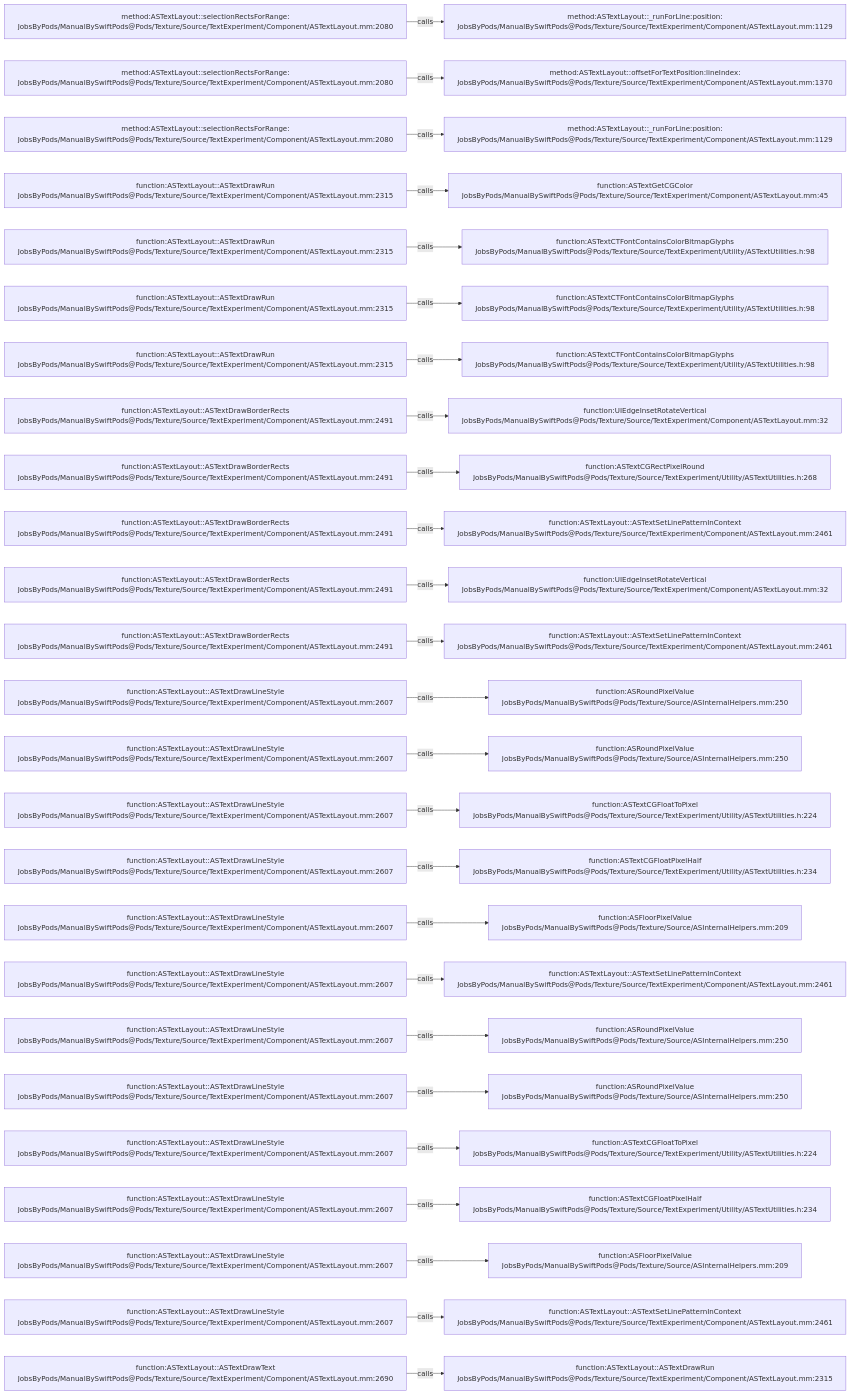
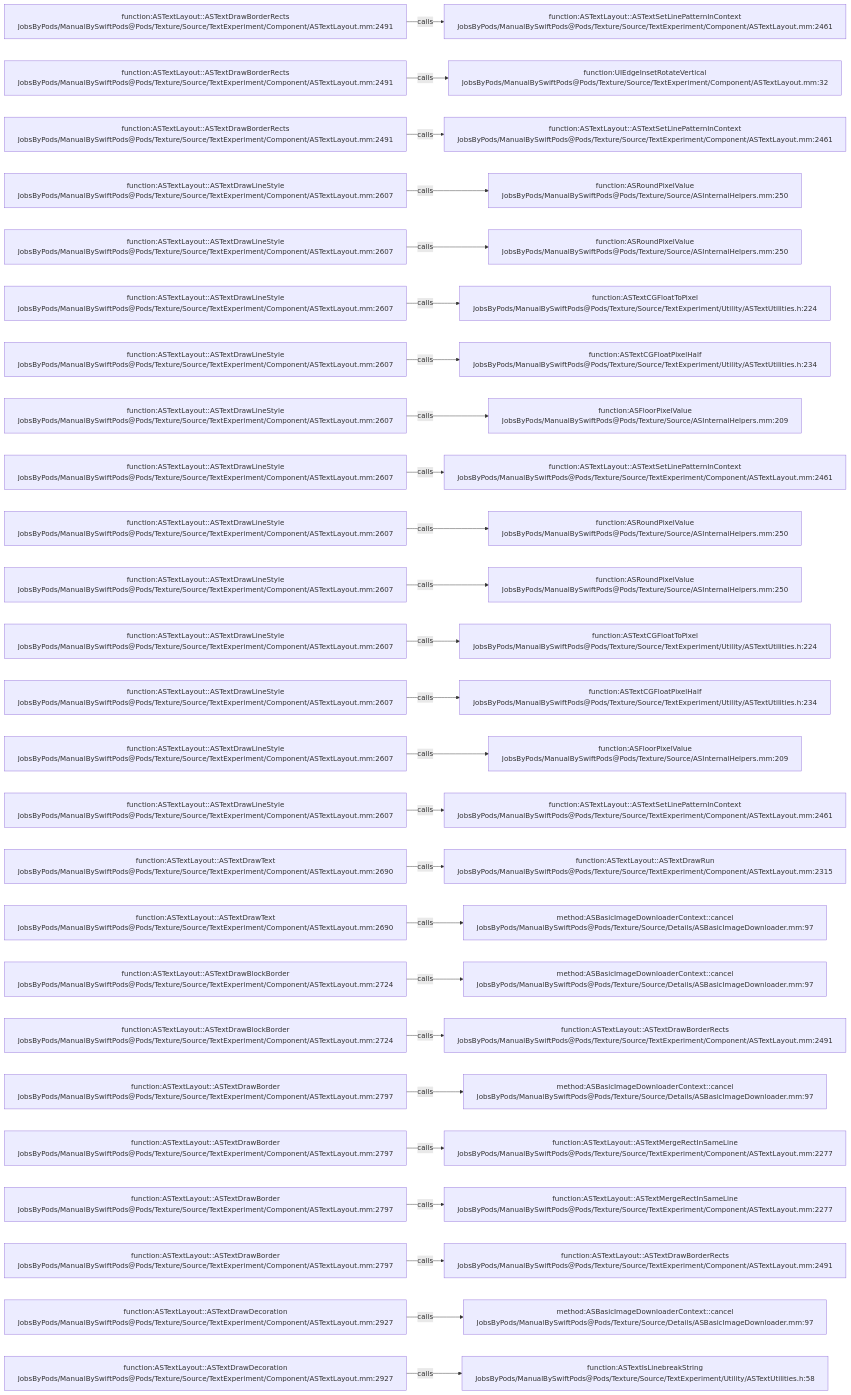
The diagram in .codegraph/codegraph.md/graphs/calls-135.md (JobsKits/JobsSwiftBaseConfigDemo), drawn with Mermaid before and after one commit. The commit also changed 707 other files, not shown here.

````diff
--- a/.codegraph/codegraph.md/graphs/calls-135.md
+++ b/.codegraph/codegraph.md/graphs/calls-135.md
@@ -13,78 +13,78 @@
 ```mermaid
 flowchart LR
-  S1["method:ASTextLayout::selectionRectsForRange:<br/>JobsByPods/ManualBySwiftPods@Pods/Texture/Source/TextExperiment/Component/ASTextLayout.mm:2080"]
-  T1["method:ASTextLayout::_runForLine:position:<br/>JobsByPods/ManualBySwiftPods@Pods/Texture/Source/TextExperiment/Component/ASTextLayout.mm:1129"]
+  S1["function:ASTextLayout::ASTextDrawBorderRects<br/>JobsByPods/ManualBySwiftPods@Pods/Texture/Source/TextExperiment/Component/ASTextLayout.mm:2491"]
+  T1["function:ASTextLayout::ASTextSetLinePatternInContext<br/>JobsByPods/ManualBySwiftPods@Pods/Texture/Source/TextExperiment/Component/ASTextLayout.mm:2461"]
   S1 -->|calls| T1
-  S2["method:ASTextLayout::selectionRectsForRange:<br/>JobsByPods/ManualBySwiftPods@Pods/Texture/Source/TextExperiment/Component/ASTextLayout.mm:2080"]
-  T2["method:ASTextLayout::offsetForTextPosition:lineIndex:<br/>JobsByPods/ManualBySwiftPods@Pods/Texture/Source/TextExperiment/Component/ASTextLayout.mm:1370"]
+  S2["function:ASTextLayout::ASTextDrawBorderRects<br/>JobsByPods/ManualBySwiftPods@Pods/Texture/Source/TextExperiment/Component/ASTextLayout.mm:2491"]
+  T2["function:UIEdgeInsetRotateVertical<br/>JobsByPods/ManualBySwiftPods@Pods/Texture/Source/TextExperiment/Component/ASTextLayout.mm:32"]
   S2 -->|calls| T2
-  S3["method:ASTextLayout::selectionRectsForRange:<br/>JobsByPods/ManualBySwiftPods@Pods/Texture/Source/TextExperiment/Component/ASTextLayout.mm:2080"]
-  T3["method:ASTextLayout::_runForLine:position:<br/>JobsByPods/ManualBySwiftPods@Pods/Texture/Source/TextExperiment/Component/ASTextLayout.mm:1129"]
+  S3["function:ASTextLayout::ASTextDrawBorderRects<br/>JobsByPods/ManualBySwiftPods@Pods/Texture/Source/TextExperiment/Component/ASTextLayout.mm:2491"]
+  T3["function:ASTextLayout::ASTextSetLinePatternInContext<br/>JobsByPods/ManualBySwiftPods@Pods/Texture/Source/TextExperiment/Component/ASTextLayout.mm:2461"]
   S3 -->|calls| T3
-  S4["function:ASTextLayout::ASTextDrawRun<br/>JobsByPods/ManualBySwiftPods@Pods/Texture/Source/TextExperiment/Component/ASTextLayout.mm:2315"]
-  T4["function:ASTextGetCGColor<br/>JobsByPods/ManualBySwiftPods@Pods/Texture/Source/TextExperiment/Component/ASTextLayout.mm:45"]
+  S4["function:ASTextLayout::ASTextDrawLineStyle<br/>JobsByPods/ManualBySwiftPods@Pods/Texture/Source/TextExperiment/Component/ASTextLayout.mm:2607"]
+  T4["function:ASRoundPixelValue<br/>JobsByPods/ManualBySwiftPods@Pods/Texture/Source/ASInternalHelpers.mm:250"]
   S4 -->|calls| T4
-  S5["function:ASTextLayout::ASTextDrawRun<br/>JobsByPods/ManualBySwiftPods@Pods/Texture/Source/TextExperiment/Component/ASTextLayout.mm:2315"]
-  T5["function:ASTextCTFontContainsColorBitmapGlyphs<br/>JobsByPods/ManualBySwiftPods@Pods/Texture/Source/TextExperiment/Utility/ASTextUtilities.h:98"]
+  S5["function:ASTextLayout::ASTextDrawLineStyle<br/>JobsByPods/ManualBySwiftPods@Pods/Texture/Source/TextExperiment/Component/ASTextLayout.mm:2607"]
+  T5["function:ASRoundPixelValue<br/>JobsByPods/ManualBySwiftPods@Pods/Texture/Source/ASInternalHelpers.mm:250"]
   S5 -->|calls| T5
-  S6["function:ASTextLayout::ASTextDrawRun<br/>JobsByPods/ManualBySwiftPods@Pods/Texture/Source/TextExperiment/Component/ASTextLayout.mm:2315"]
-  T6["function:ASTextCTFontContainsColorBitmapGlyphs<br/>JobsByPods/ManualBySwiftPods@Pods/Texture/Source/TextExperiment/Utility/ASTextUtilities.h:98"]
+  S6["function:ASTextLayout::ASTextDrawLineStyle<br/>JobsByPods/ManualBySwiftPods@Pods/Texture/Source/TextExperiment/Component/ASTextLayout.mm:2607"]
+  T6["function:ASTextCGFloatToPixel<br/>JobsByPods/ManualBySwiftPods@Pods/Texture/Source/TextExperiment/Utility/ASTextUtilities.h:224"]
   S6 -->|calls| T6
-  S7["function:ASTextLayout::ASTextDrawRun<br/>JobsByPods/ManualBySwiftPods@Pods/Texture/Source/TextExperiment/Component/ASTextLayout.mm:2315"]
-  T7["function:ASTextCTFontContainsColorBitmapGlyphs<br/>JobsByPods/ManualBySwiftPods@Pods/Texture/Source/TextExperiment/Utility/ASTextUtilities.h:98"]
+  S7["function:ASTextLayout::ASTextDrawLineStyle<br/>JobsByPods/ManualBySwiftPods@Pods/Texture/Source/TextExperiment/Component/ASTextLayout.mm:2607"]
+  T7["function:ASTextCGFloatPixelHalf<br/>JobsByPods/ManualBySwiftPods@Pods/Texture/Source/TextExperiment/Utility/ASTextUtilities.h:234"]
   S7 -->|calls| T7
-  S8["function:ASTextLayout::ASTextDrawBorderRects<br/>JobsByPods/ManualBySwiftPods@Pods/Texture/Source/TextExperiment/Component/ASTextLayout.mm:2491"]
-  T8["function:UIEdgeInsetRotateVertical<br/>JobsByPods/ManualBySwiftPods@Pods/Texture/Source/TextExperiment/Component/ASTextLayout.mm:32"]
+  S8["function:ASTextLayout::ASTextDrawLineStyle<br/>JobsByPods/ManualBySwiftPods@Pods/Texture/Source/TextExperiment/Component/ASTextLayout.mm:2607"]
+  T8["function:ASFloorPixelValue<br/>JobsByPods/ManualBySwiftPods@Pods/Texture/Source/ASInternalHelpers.mm:209"]
   S8 -->|calls| T8
-  S9["function:ASTextLayout::ASTextDrawBorderRects<br/>JobsByPods/ManualBySwiftPods@Pods/Texture/Source/TextExperiment/Component/ASTextLayout.mm:2491"]
-  T9["function:ASTextCGRectPixelRound<br/>JobsByPods/ManualBySwiftPods@Pods/Texture/Source/TextExperiment/Utility/ASTextUtilities.h:268"]
+  S9["function:ASTextLayout::ASTextDrawLineStyle<br/>JobsByPods/ManualBySwiftPods@Pods/Texture/Source/TextExperiment/Component/ASTextLayout.mm:2607"]
+  T9["function:ASTextLayout::ASTextSetLinePatternInContext<br/>JobsByPods/ManualBySwiftPods@Pods/Texture/Source/TextExperiment/Component/ASTextLayout.mm:2461"]
   S9 -->|calls| T9
-  S10["function:ASTextLayout::ASTextDrawBorderRects<br/>JobsByPods/ManualBySwiftPods@Pods/Texture/Source/TextExperiment/Component/ASTextLayout.mm:2491"]
-  T10["function:ASTextLayout::ASTextSetLinePatternInContext<br/>JobsByPods/ManualBySwiftPods@Pods/Texture/Source/TextExperiment/Component/ASTextLayout.mm:2461"]
+  S10["function:ASTextLayout::ASTextDrawLineStyle<br/>JobsByPods/ManualBySwiftPods@Pods/Texture/Source/TextExperiment/Component/ASTextLayout.mm:2607"]
+  T10["function:ASRoundPixelValue<br/>JobsByPods/ManualBySwiftPods@Pods/Texture/Source/ASInternalHelpers.mm:250"]
   S10 -->|calls| T10
-  S11["function:ASTextLayout::ASTextDrawBorderRects<br/>JobsByPods/ManualBySwiftPods@Pods/Texture/Source/TextExperiment/Component/ASTextLayout.mm:2491"]
-  T11["function:UIEdgeInsetRotateVertical<br/>JobsByPods/ManualBySwiftPods@Pods/Texture/Source/TextExperiment/Component/ASTextLayout.mm:32"]
+  S11["function:ASTextLayout::ASTextDrawLineStyle<br/>JobsByPods/ManualBySwiftPods@Pods/Texture/Source/TextExperiment/Component/ASTextLayout.mm:2607"]
+  T11["function:ASRoundPixelValue<br/>JobsByPods/ManualBySwiftPods@Pods/Texture/Source/ASInternalHelpers.mm:250"]
   S11 -->|calls| T11
-  S12["function:ASTextLayout::ASTextDrawBorderRects<br/>JobsByPods/ManualBySwiftPods@Pods/Texture/Source/TextExperiment/Component/ASTextLayout.mm:2491"]
-  T12["function:ASTextLayout::ASTextSetLinePatternInContext<br/>JobsByPods/ManualBySwiftPods@Pods/Texture/Source/TextExperiment/Component/ASTextLayout.mm:2461"]
+  S12["function:ASTextLayout::ASTextDrawLineStyle<br/>JobsByPods/ManualBySwiftPods@Pods/Texture/Source/TextExperiment/Component/ASTextLayout.mm:2607"]
+  T12["function:ASTextCGFloatToPixel<br/>JobsByPods/ManualBySwiftPods@Pods/Texture/Source/TextExperiment/Utility/ASTextUtilities.h:224"]
   S12 -->|calls| T12
   S13["function:ASTextLayout::ASTextDrawLineStyle<br/>JobsByPods/ManualBySwiftPods@Pods/Texture/Source/TextExperiment/Component/ASTextLayout.mm:2607"]
-  T13["function:ASRoundPixelValue<br/>JobsByPods/ManualBySwiftPods@Pods/Texture/Source/ASInternalHelpers.mm:250"]
+  T13["function:ASTextCGFloatPixelHalf<br/>JobsByPods/ManualBySwiftPods@Pods/Texture/Source/TextExperiment/Utility/ASTextUtilities.h:234"]
   S13 -->|calls| T13
   S14["function:ASTextLayout::ASTextDrawLineStyle<br/>JobsByPods/ManualBySwiftPods@Pods/Texture/Source/TextExperiment/Component/ASTextLayout.mm:2607"]
-  T14["function:ASRoundPixelValue<br/>JobsByPods/ManualBySwiftPods@Pods/Texture/Source/ASInternalHelpers.mm:250"]
+  T14["function:ASFloorPixelValue<br/>JobsByPods/ManualBySwiftPods@Pods/Texture/Source/ASInternalHelpers.mm:209"]
   S14 -->|calls| T14
   S15["function:ASTextLayout::ASTextDrawLineStyle<br/>JobsByPods/ManualBySwiftPods@Pods/Texture/Source/TextExperiment/Component/ASTextLayout.mm:2607"]
-  T15["function:ASTextCGFloatToPixel<br/>JobsByPods/ManualBySwiftPods@Pods/Texture/Source/TextExperiment/Utility/ASTextUtilities.h:224"]
+  T15["function:ASTextLayout::ASTextSetLinePatternInContext<br/>JobsByPods/ManualBySwiftPods@Pods/Texture/Source/TextExperiment/Component/ASTextLayout.mm:2461"]
   S15 -->|calls| T15
-  S16["function:ASTextLayout::ASTextDrawLineStyle<br/>JobsByPods/ManualBySwiftPods@Pods/Texture/Source/TextExperiment/Component/ASTextLayout.mm:2607"]
-  T16["function:ASTextCGFloatPixelHalf<br/>JobsByPods/ManualBySwiftPods@Pods/Texture/Source/TextExperiment/Utility/ASTextUtilities.h:234"]
+  S16["function:ASTextLayout::ASTextDrawText<br/>JobsByPods/ManualBySwiftPods@Pods/Texture/Source/TextExperiment/Component/ASTextLayout.mm:2690"]
+  T16["function:ASTextLayout::ASTextDrawRun<br/>JobsByPods/ManualBySwiftPods@Pods/Texture/Source/TextExperiment/Component/ASTextLayout.mm:2315"]
   S16 -->|calls| T16
-  S17["function:ASTextLayout::ASTextDrawLineStyle<br/>JobsByPods/ManualBySwiftPods@Pods/Texture/Source/TextExperiment/Component/ASTextLayout.mm:2607"]
-  T17["function:ASFloorPixelValue<br/>JobsByPods/ManualBySwiftPods@Pods/Texture/Source/ASInternalHelpers.mm:209"]
+  S17["function:ASTextLayout::ASTextDrawText<br/>JobsByPods/ManualBySwiftPods@Pods/Texture/Source/TextExperiment/Component/ASTextLayout.mm:2690"]
+  T17["method:ASBasicImageDownloaderContext::cancel<br/>JobsByPods/ManualBySwiftPods@Pods/Texture/Source/Details/ASBasicImageDownloader.mm:97"]
   S17 -->|calls| T17
-  S18["function:ASTextLayout::ASTextDrawLineStyle<br/>JobsByPods/ManualBySwiftPods@Pods/Texture/Source/TextExperiment/Component/ASTextLayout.mm:2607"]
-  T18["function:ASTextLayout::ASTextSetLinePatternInContext<br/>JobsByPods/ManualBySwiftPods@Pods/Texture/Source/TextExperiment/Component/ASTextLayout.mm:2461"]
+  S18["function:ASTextLayout::ASTextDrawBlockBorder<br/>JobsByPods/ManualBySwiftPods@Pods/Texture/Source/TextExperiment/Component/ASTextLayout.mm:2724"]
+  T18["method:ASBasicImageDownloaderContext::cancel<br/>JobsByPods/ManualBySwiftPods@Pods/Texture/Source/Details/ASBasicImageDownloader.mm:97"]
   S18 -->|calls| T18
-  S19["function:ASTextLayout::ASTextDrawLineStyle<br/>JobsByPods/ManualBySwiftPods@Pods/Texture/Source/TextExperiment/Component/ASTextLayout.mm:2607"]
-  T19["function:ASRoundPixelValue<br/>JobsByPods/ManualBySwiftPods@Pods/Texture/Source/ASInternalHelpers.mm:250"]
+  S19["function:ASTextLayout::ASTextDrawBlockBorder<br/>JobsByPods/ManualBySwiftPods@Pods/Texture/Source/TextExperiment/Component/ASTextLayout.mm:2724"]
+  T19["function:ASTextLayout::ASTextDrawBorderRects<br/>JobsByPods/ManualBySwiftPods@Pods/Texture/Source/TextExperiment/Component/ASTextLayout.mm:2491"]
   S19 -->|calls| T19
-  S20["function:ASTextLayout::ASTextDrawLineStyle<br/>JobsByPods/ManualBySwiftPods@Pods/Texture/Source/TextExperiment/Component/ASTextLayout.mm:2607"]
-  T20["function:ASRoundPixelValue<br/>JobsByPods/ManualBySwiftPods@Pods/Texture/Source/ASInternalHelpers.mm:250"]
+  S20["function:ASTextLayout::ASTextDrawBorder<br/>JobsByPods/ManualBySwiftPods@Pods/Texture/Source/TextExperiment/Component/ASTextLayout.mm:2797"]
+  T20["method:ASBasicImageDownloaderContext::cancel<br/>JobsByPods/ManualBySwiftPods@Pods/Texture/Source/Details/ASBasicImageDownloader.mm:97"]
   S20 -->|calls| T20
-  S21["function:ASTextLayout::ASTextDrawLineStyle<br/>JobsByPods/ManualBySwiftPods@Pods/Texture/Source/TextExperiment/Component/ASTextLayout.mm:2607"]
-  T21["function:ASTextCGFloatToPixel<br/>JobsByPods/ManualBySwiftPods@Pods/Texture/Source/TextExperiment/Utility/ASTextUtilities.h:224"]
+  S21["function:ASTextLayout::ASTextDrawBorder<br/>JobsByPods/ManualBySwiftPods@Pods/Texture/Source/TextExperiment/Component/ASTextLayout.mm:2797"]
+  T21["function:ASTextLayout::ASTextMergeRectInSameLine<br/>JobsByPods/ManualBySwiftPods@Pods/Texture/Source/TextExperiment/Component/ASTextLayout.mm:2277"]
   S21 -->|calls| T21
-  S22["function:ASTextLayout::ASTextDrawLineStyle<br/>JobsByPods/ManualBySwiftPods@Pods/Texture/Source/TextExperiment/Component/ASTextLayout.mm:2607"]
-  T22["function:ASTextCGFloatPixelHalf<br/>JobsByPods/ManualBySwiftPods@Pods/Texture/Source/TextExperiment/Utility/ASTextUtilities.h:234"]
+  S22["function:ASTextLayout::ASTextDrawBorder<br/>JobsByPods/ManualBySwiftPods@Pods/Texture/Source/TextExperiment/Component/ASTextLayout.mm:2797"]
+  T22["function:ASTextLayout::ASTextMergeRectInSameLine<br/>JobsByPods/ManualBySwiftPods@Pods/Texture/Source/TextExperiment/Component/ASTextLayout.mm:2277"]
   S22 -->|calls| T22
-  S23["function:ASTextLayout::ASTextDrawLineStyle<br/>JobsByPods/ManualBySwiftPods@Pods/Texture/Source/TextExperiment/Component/ASTextLayout.mm:2607"]
-  T23["function:ASFloorPixelValue<br/>JobsByPods/ManualBySwiftPods@Pods/Texture/Source/ASInternalHelpers.mm:209"]
+  S23["function:ASTextLayout::ASTextDrawBorder<br/>JobsByPods/ManualBySwiftPods@Pods/Texture/Source/TextExperiment/Component/ASTextLayout.mm:2797"]
+  T23["function:ASTextLayout::ASTextDrawBorderRects<br/>JobsByPods/ManualBySwiftPods@Pods/Texture/Source/TextExperiment/Component/ASTextLayout.mm:2491"]
   S23 -->|calls| T23
-  S24["function:ASTextLayout::ASTextDrawLineStyle<br/>JobsByPods/ManualBySwiftPods@Pods/Texture/Source/TextExperiment/Component/ASTextLayout.mm:2607"]
-  T24["function:ASTextLayout::ASTextSetLinePatternInContext<br/>JobsByPods/ManualBySwiftPods@Pods/Texture/Source/TextExperiment/Component/ASTextLayout.mm:2461"]
+  S24["function:ASTextLayout::ASTextDrawDecoration<br/>JobsByPods/ManualBySwiftPods@Pods/Texture/Source/TextExperiment/Component/ASTextLayout.mm:2927"]
+  T24["method:ASBasicImageDownloaderContext::cancel<br/>JobsByPods/ManualBySwiftPods@Pods/Texture/Source/Details/ASBasicImageDownloader.mm:97"]
   S24 -->|calls| T24
-  S25["function:ASTextLayout::ASTextDrawText<br/>JobsByPods/ManualBySwiftPods@Pods/Texture/Source/TextExperiment/Component/ASTextLayout.mm:2690"]
-  T25["function:ASTextLayout::ASTextDrawRun<br/>JobsByPods/ManualBySwiftPods@Pods/Texture/Source/TextExperiment/Component/ASTextLayout.mm:2315"]
+  S25["function:ASTextLayout::ASTextDrawDecoration<br/>JobsByPods/ManualBySwiftPods@Pods/Texture/Source/TextExperiment/Component/ASTextLayout.mm:2927"]
+  T25["function:ASTextIsLinebreakString<br/>JobsByPods/ManualBySwiftPods@Pods/Texture/Source/TextExperiment/Utility/ASTextUtilities.h:58"]
   S25 -->|calls| T25
 ```
````
